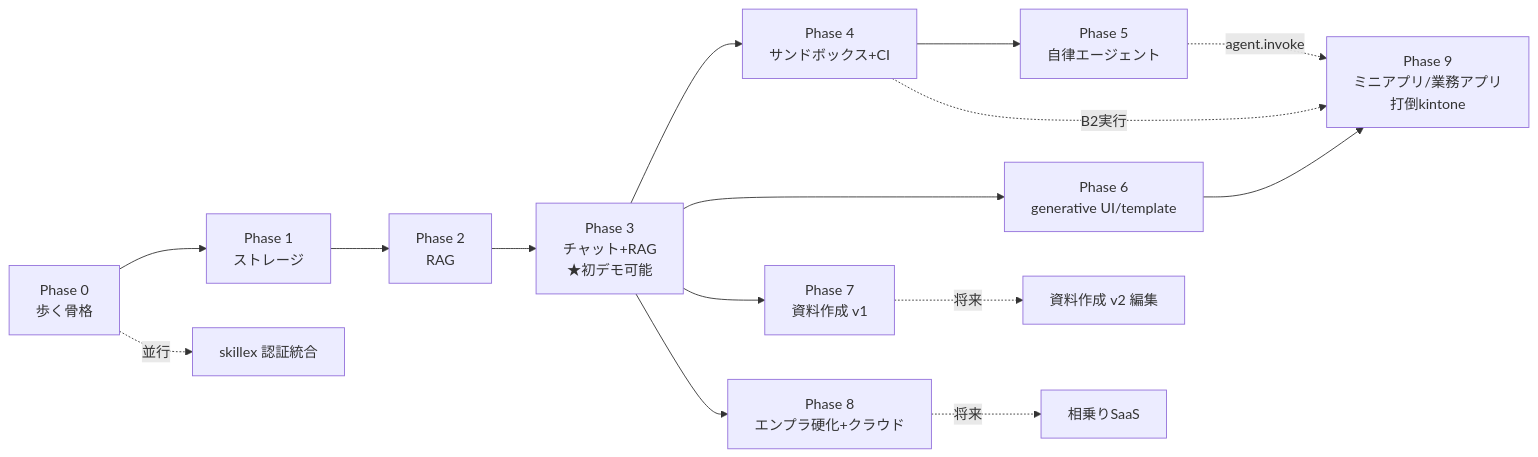
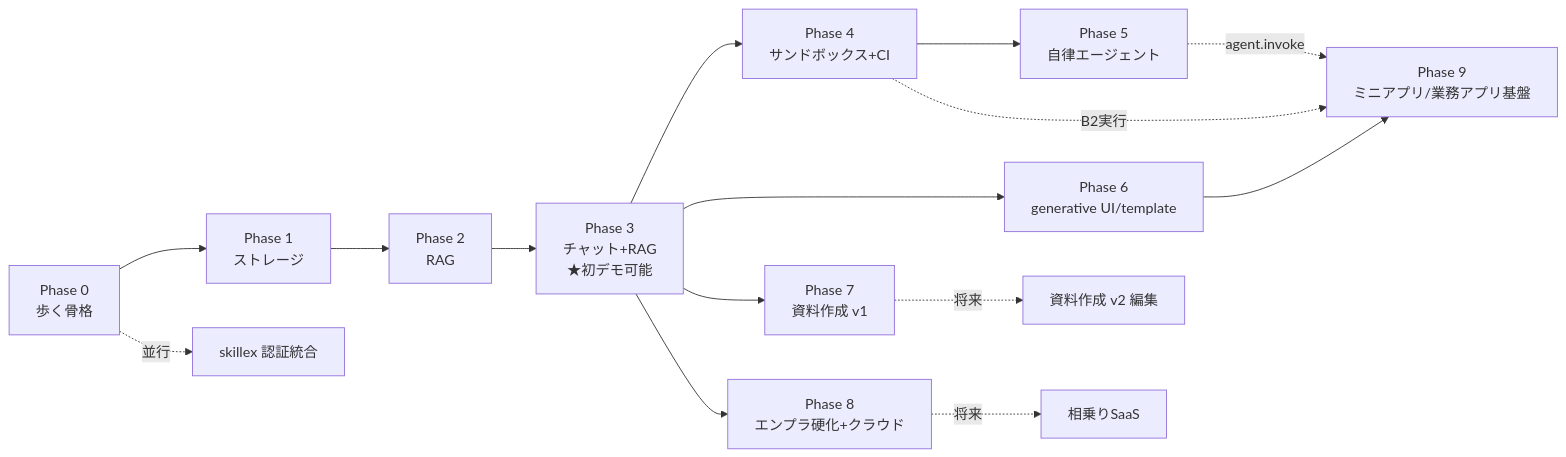
The diagram in docs/roadmap.md (imanect-labs/shiki-platform), drawn with Mermaid before and after one commit. The commit also changed other lines of this file and 4 other files, not shown here.

````diff
--- a/docs/roadmap.md
+++ b/docs/roadmap.md
@@ -17,17 +17,17 @@
 ```mermaid
 flowchart LR
   P0["Phase 0<br/>歩く骨格"] --> P1["Phase 1<br/>ストレージ"]
   P1 --> P2["Phase 2<br/>RAG"]
   P2 --> P3["Phase 3<br/>チャット+RAG<br/>★初デモ可能"]
   P3 --> P4["Phase 4<br/>サンドボックス+CI"]
   P4 --> P5["Phase 5<br/>自律エージェント"]
   P3 --> P6["Phase 6<br/>generative UI/template"]
-  P6 --> P9["Phase 9<br/>ミニアプリ/業務アプリ<br/>打倒kintone"]
+  P6 --> P9["Phase 9<br/>ミニアプリ/業務アプリ基盤"]
   P4 -.->|B2実行| P9
   P5 -.->|agent.invoke| P9
   P3 --> P7["Phase 7<br/>資料作成 v1"]
   P3 --> P8["Phase 8<br/>エンプラ硬化+クラウド"]
   P0 -.->|並行| SK["skillex 認証統合"]
   P7 -.->|将来| V2["資料作成 v2 編集"]
   P8 -.->|将来| SAAS["相乗りSaaS"]
 ```
````
